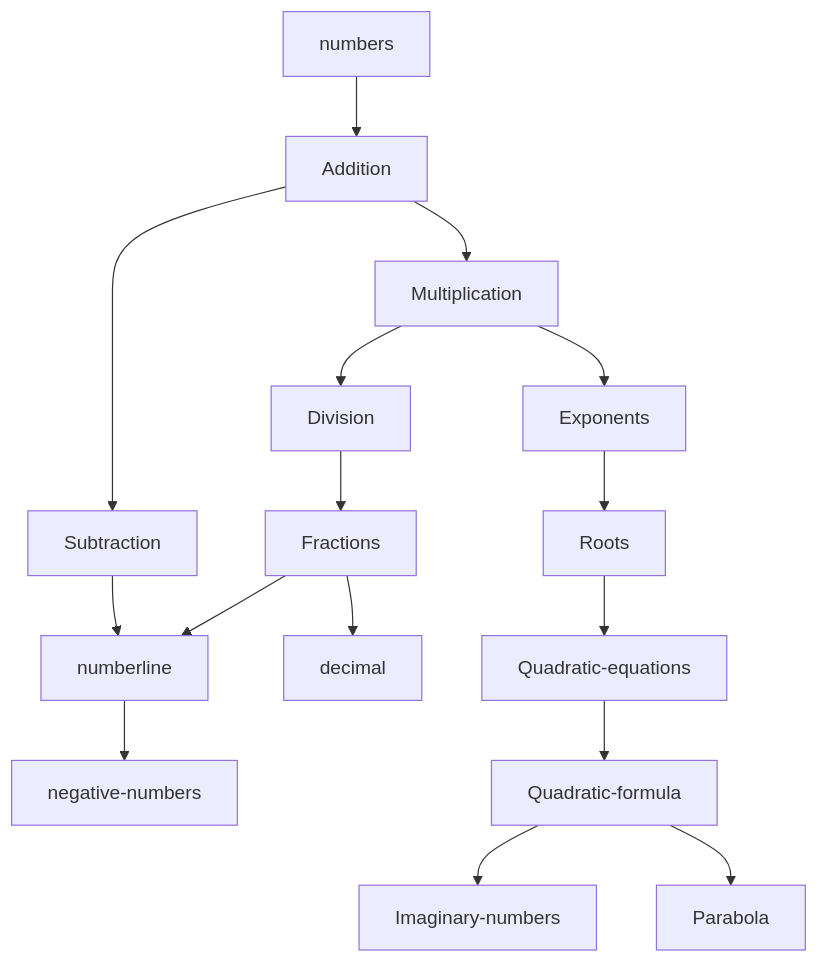
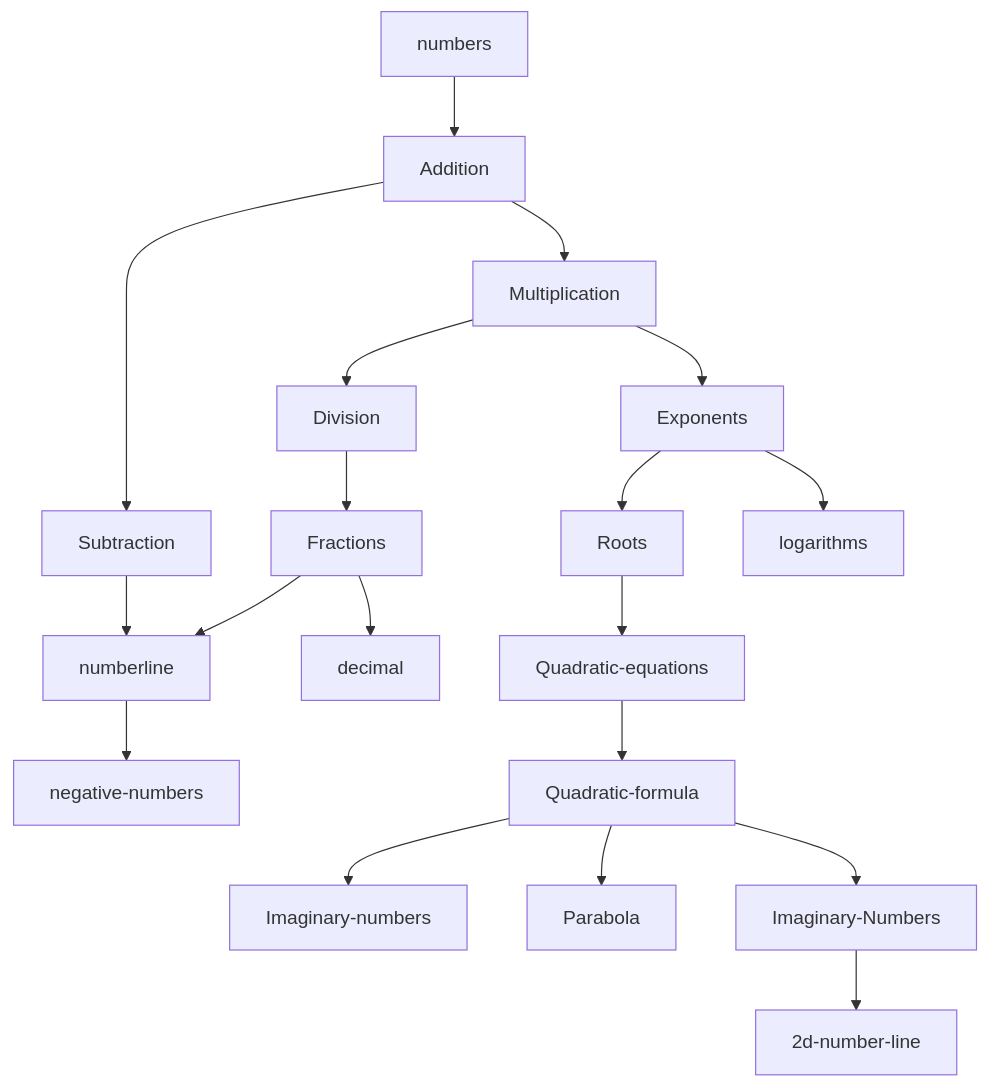
The diagram in README.md (SnowDingo/mathematics-roadmap), drawn with Mermaid before and after one commit.

````diff
--- a/README.md
+++ b/README.md
@@ -5,12 +5,16 @@
 ```mermaid
 graph TD;
 numbers-->Addition
  Addition--> Subtraction-->numberline
   Addition-->Multiplication-->Division-->Fractions
 Fractions-->decimal
 Fractions-->numberline
 numberline-->negative-numbers
 Multiplication-->Exponents-->Roots-->Quadratic-equations-->Quadratic-formula-->Imaginary-numbers
 Quadratic-formula--> Parabola
+Exponents-->logarithms
+Quadratic-formula-->Imaginary-Numbers
+Imaginary-Numbers-->2d-number-line
+
 
 ```
````
